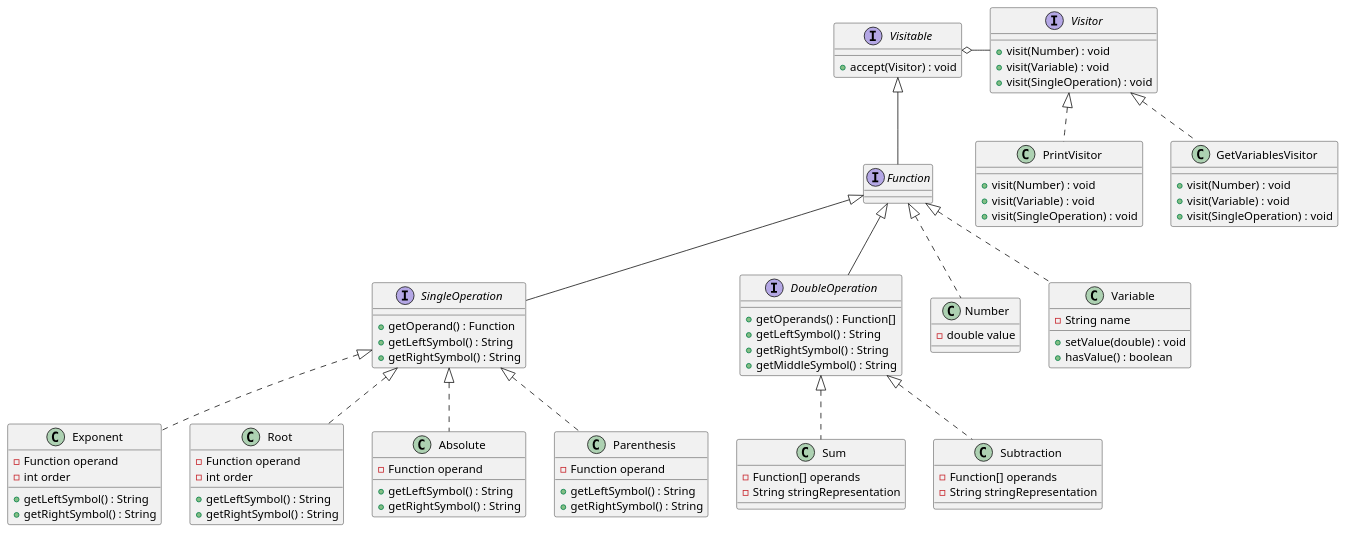
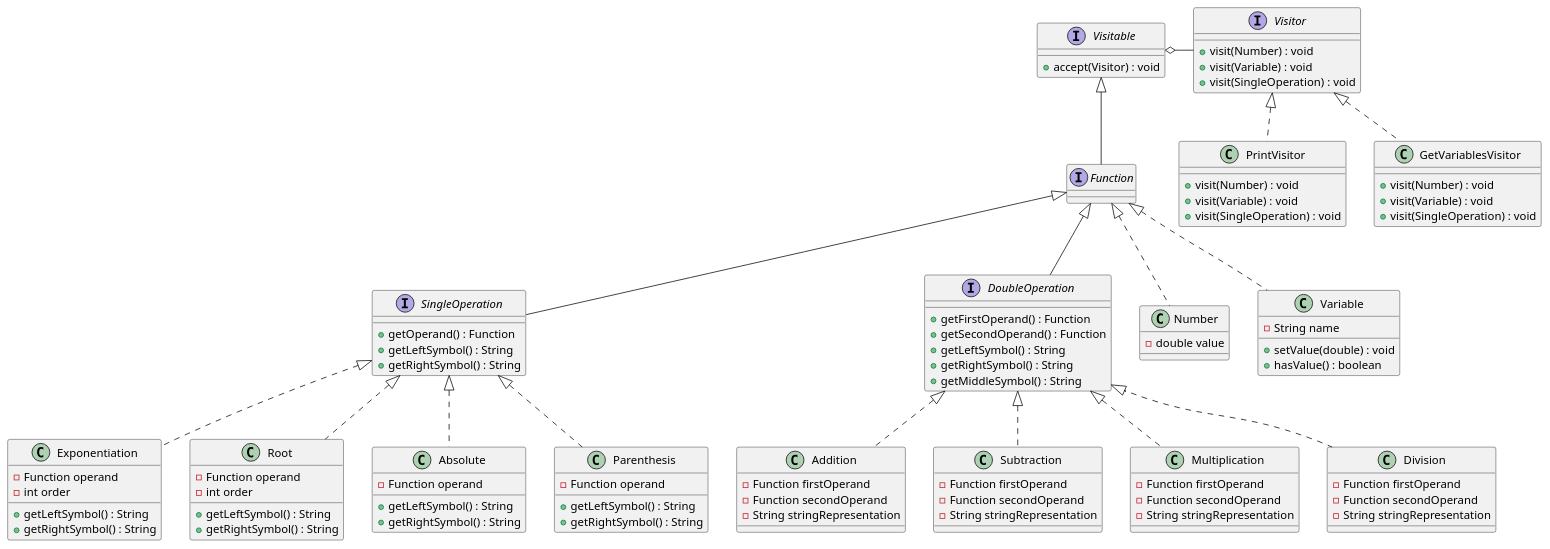
The diagram in diagrams/class.puml (austral-ingsis-classroom/formula-sasakiimarcos), drawn with PlantUML before and after one commit. The commit also changed 35 other files, not shown here.

```diff
--- a/diagrams/class.puml
+++ b/diagrams/class.puml
@@ -1,91 +1,106 @@
 @startuml
 interface Visitor {
     + visit(Number) : void
     + visit(Variable) : void
     + visit(SingleOperation) : void
 }
 
 class PrintVisitor implements Visitor{
     + visit(Number) : void
     + visit(Variable) : void
     + visit(SingleOperation) : void
 }
 
 class GetVariablesVisitor implements Visitor{
     + visit(Number) : void
     + visit(Variable) : void
     + visit(SingleOperation) : void
 }
 
 Visitable o- Visitor
 
 interface Visitable {
     + accept(Visitor) : void
 }
 
 interface Function extends Visitable{
 }
 
 interface SingleOperation extends Function{
     + getOperand() : Function
     + getLeftSymbol() : String
     + getRightSymbol() : String
 }
 
 interface DoubleOperation extends Function{
-    + getOperands() : Function[]
+    + getFirstOperand() : Function
+    + getSecondOperand() : Function
     + getLeftSymbol() : String
     + getRightSymbol() : String
     + getMiddleSymbol() : String
 }
 
 
-class Exponent implements SingleOperation{
+class Exponentiation implements SingleOperation{
     - Function operand
     - int order
     + getLeftSymbol() : String
     + getRightSymbol() : String
 }
 
 class Root implements SingleOperation{
     - Function operand
     - int order
     + getLeftSymbol() : String
     + getRightSymbol() : String
 }
 
 class Absolute implements SingleOperation{
     - Function operand
     + getLeftSymbol() : String
     + getRightSymbol() : String
 }
 
 class Parenthesis implements SingleOperation{
     - Function operand
     + getLeftSymbol() : String
     + getRightSymbol() : String
 }
 
-class Sum implements DoubleOperation{
-    - Function[] operands
+class Addition implements DoubleOperation{
+    - Function firstOperand
+    - Function secondOperand
     - String stringRepresentation
 }
 
 class Subtraction implements DoubleOperation{
-    - Function[] operands
+    - Function firstOperand
+    - Function secondOperand
+    - String stringRepresentation
+}
+
+class Multiplication implements DoubleOperation{
+    - Function firstOperand
+    - Function secondOperand
+    - String stringRepresentation
+}
+
+class Division implements DoubleOperation{
+    - Function firstOperand
+    - Function secondOperand
     - String stringRepresentation
 }
 
 class Number implements Function{
     -double value
 }
 
 class Variable implements Function{
     - String name
     + setValue(double) : void
     + hasValue() : boolean
 }
 
 
 
 @enduml
```
